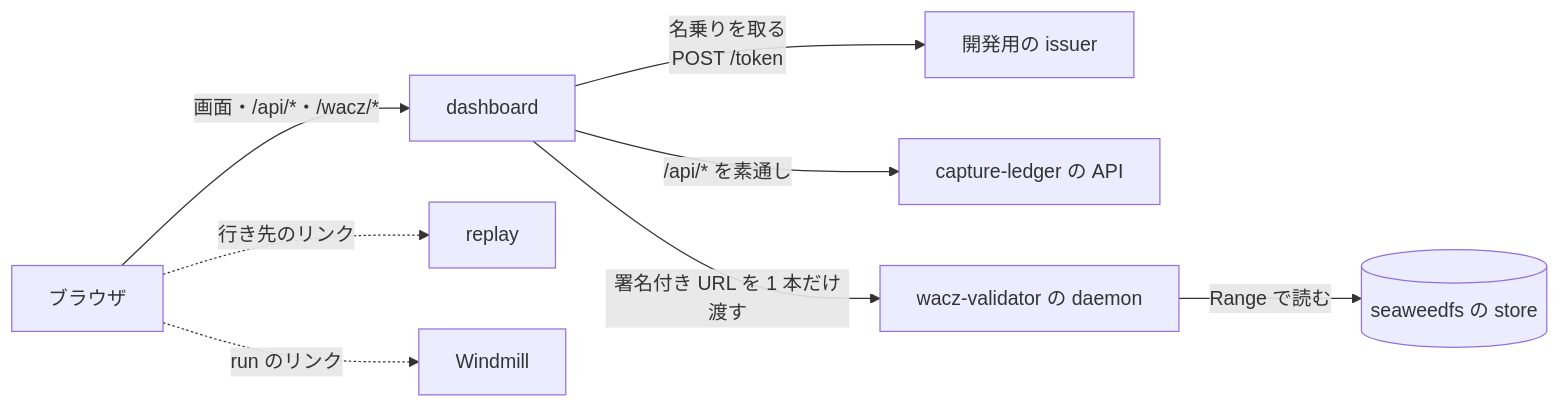
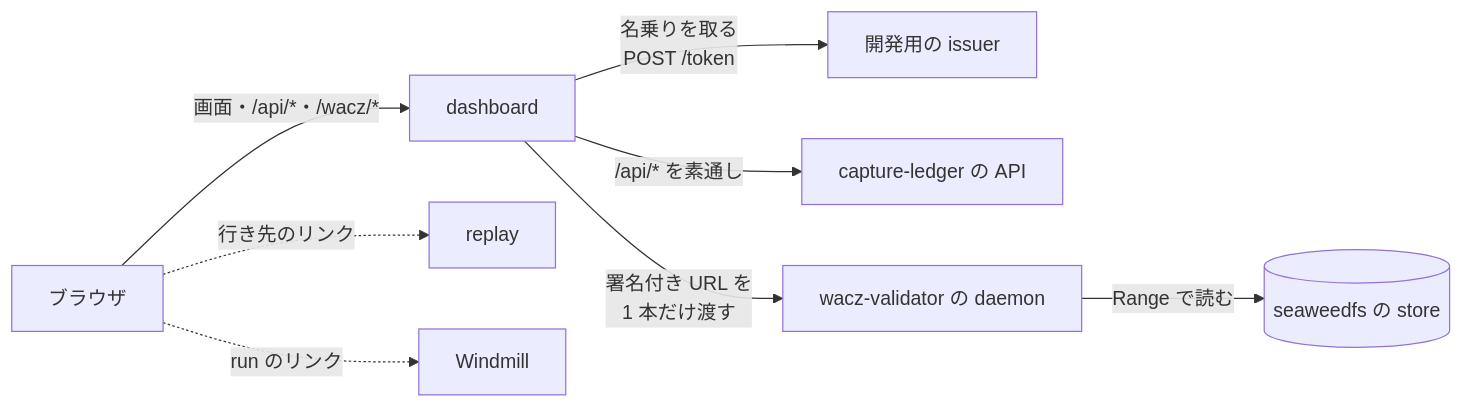
Before and after one commit to uraitakahito/dashboard: the diagram in docs-site/src/content/docs/ja/index.md, drawn with Mermaid. The commit also changed other lines of this file and 17 other files, not shown here.

````diff
--- a/docs-site/src/content/docs/ja/index.md
+++ b/docs-site/src/content/docs/ja/index.md
@@ -21,10 +21,10 @@
 ```mermaid
 flowchart LR
   B["ブラウザ"] -->|"画面・/api/*・/wacz/*"| D["dashboard"]
   D -->|"名乗りを取る<br/>POST /token"| I["開発用の issuer"]
   D -->|"/api/* を素通し"| L["capture-ledger の API"]
-  D -->|"署名付き URL を 1 本だけ渡す"| V["wacz-validator の daemon"]
+  D -->|"署名付き URL を<br/>1 本だけ渡す"| V["wacz-validator の daemon"]
   V -->|"Range で読む"| S[("seaweedfs の store")]
   B -.->|"行き先のリンク"| R["replay"]
   B -.->|"run のリンク"| W["Windmill"]
 ```
````
